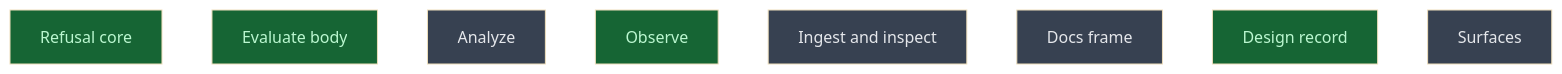
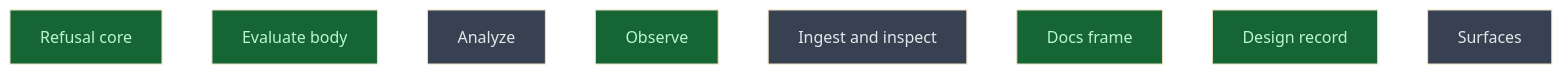
Before and after one commit to CrackingShells/Candler: the diagram in __roadmap__/m3-lean-cli/verbs/README.md, drawn with Mermaid (base theme). The commit also changed other lines of this file and 1 other file, not shown here.

Commit message:
rdm(cli): mark docs_frame done
Its class pre-condition now greps the two schema files that declare
x-candler-class; the experiment and outcome-record schemas declare
none.

````diff
--- a/__roadmap__/m3-lean-cli/verbs/README.md
+++ b/__roadmap__/m3-lean-cli/verbs/README.md
@@ -28,16 +28,16 @@
 ```mermaid
 graph TD
     refusal_core[Refusal core]:::done
     evaluate_body[Evaluate body]:::done
     analyze[Analyze]:::planned
     observe[Observe]:::done
     ingest_inspect[Ingest and inspect]:::planned
-    docs_frame[Docs frame]:::planned
+    docs_frame[Docs frame]:::done
     design_record[Design record]:::done
     surfaces[Surfaces]:::planned
     classDef done       fill:#166534,color:#bbf7d0
     classDef inprogress fill:#854d0e,color:#fef08a
     classDef planned    fill:#374151,color:#e5e7eb
     classDef amendment  fill:#1e3a5f,color:#bfdbfe
     classDef blocked    fill:#7f1d1d,color:#fecaca
 ```
````
